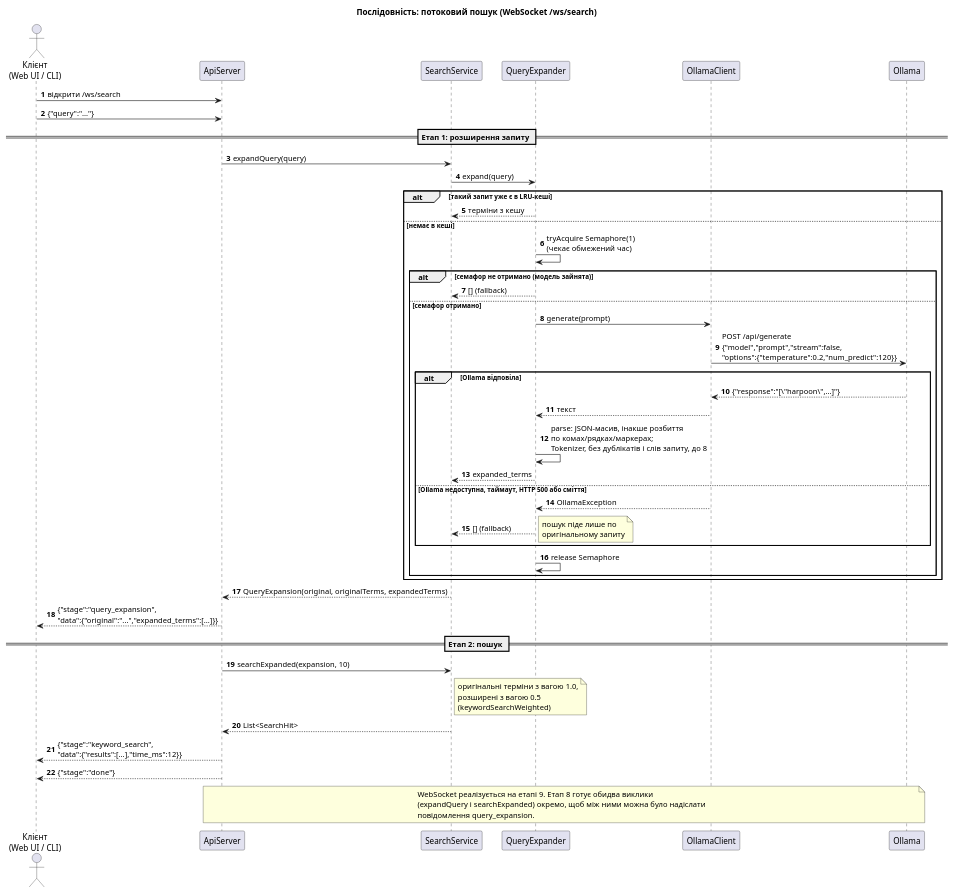
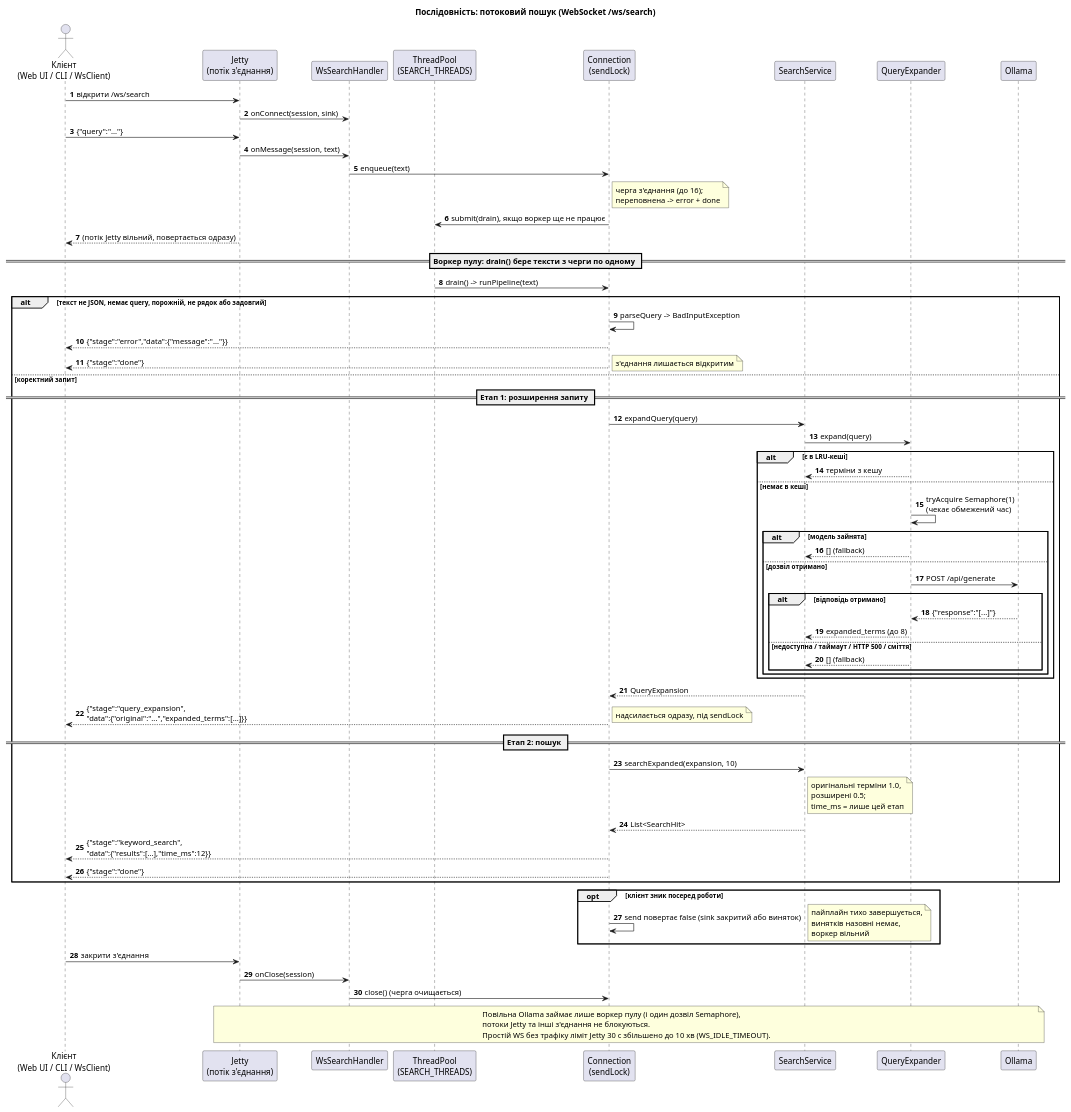
Before and after one commit to V-LP/Parallel-Computing-CW: the diagram in docs/uml/sequence-ws-search.puml, drawn with PlantUML. The commit also changed 2 other files, not shown here.

Commit message:
docs(uml): show chunks and WebSocket pool in diagrams

```diff
--- a/docs/uml/sequence-ws-search.puml
+++ b/docs/uml/sequence-ws-search.puml
@@ -1,60 +1,80 @@
 @startuml sequence-ws-search
 title Послідовність: потоковий пошук (WebSocket /ws/search)
 
 skinparam shadowing false
 autonumber
 
-actor "Клієнт\n(Web UI / CLI)" as Client
-participant ApiServer
+actor "Клієнт\n(Web UI / CLI / WsClient)" as Client
+participant "Jetty\n(потік з'єднання)" as Jetty
+participant WsSearchHandler
+participant "ThreadPool\n(SEARCH_THREADS)" as Pool
+participant "Connection\n(sendLock)" as Conn
 participant SearchService
 participant QueryExpander
-participant OllamaClient
 participant "Ollama" as Ollama
 
-Client -> ApiServer : відкрити /ws/search
-Client -> ApiServer : {"query":"..."}
+Client -> Jetty : відкрити /ws/search
+Jetty -> WsSearchHandler : onConnect(session, sink)
+Client -> Jetty : {"query":"..."}
+Jetty -> WsSearchHandler : onMessage(session, text)
+WsSearchHandler -> Conn : enqueue(text)
+note right of Conn : черга з'єднання (до 16);\nпереповнена -> error + done
+Conn -> Pool : submit(drain), якщо воркер ще не працює
+Jetty --> Client : (потік Jetty вільний, повертається одразу)
 
-== Етап 1: розширення запиту ==
-ApiServer -> SearchService : expandQuery(query)
-SearchService -> QueryExpander : expand(query)
+== Воркер пулу: drain() бере тексти з черги по одному ==
+Pool -> Conn : drain() -> runPipeline(text)
 
-alt такий запит уже є в LRU-кеші
-  QueryExpander --> SearchService : терміни з кешу
-else немає в кеші
-  QueryExpander -> QueryExpander : tryAcquire Semaphore(1)\n(чекає обмежений час)
-  alt семафор не отримано (модель зайнята)
-    QueryExpander --> SearchService : [] (fallback)
-  else семафор отримано
-    QueryExpander -> OllamaClient : generate(prompt)
-    OllamaClient -> Ollama : POST /api/generate\n{"model","prompt","stream":false,\n"options":{"temperature":0.2,"num_predict":120}}
-    alt Ollama відповіла
-      Ollama --> OllamaClient : {"response":"[\"harpoon\",...]"}
-      OllamaClient --> QueryExpander : текст
-      QueryExpander -> QueryExpander : parse: JSON-масив, інакше розбиття\nпо комах/рядках/маркерах;\nTokenizer, без дублікатів і слів запиту, до 8
-      QueryExpander --> SearchService : expanded_terms
-    else Ollama недоступна, таймаут, HTTP 500 або сміття
-      OllamaClient --> QueryExpander : OllamaException
+alt текст не JSON, немає query, порожній, не рядок або задовгий
+  Conn -> Conn : parseQuery -> BadInputException
+  Conn --> Client : {"stage":"error","data":{"message":"..."}}
+  Conn --> Client : {"stage":"done"}
+  note right : з'єднання лишається відкритим
+else коректний запит
+  == Етап 1: розширення запиту ==
+  Conn -> SearchService : expandQuery(query)
+  SearchService -> QueryExpander : expand(query)
+  alt є в LRU-кеші
+    QueryExpander --> SearchService : терміни з кешу
+  else немає в кеші
+    QueryExpander -> QueryExpander : tryAcquire Semaphore(1)\n(чекає обмежений час)
+    alt модель зайнята
       QueryExpander --> SearchService : [] (fallback)
-      note right : пошук піде лише по\nоригінальному запиту
+    else дозвіл отримано
+      QueryExpander -> Ollama : POST /api/generate
+      alt відповідь отримано
+        Ollama --> QueryExpander : {"response":"[...]"}
+        QueryExpander --> SearchService : expanded_terms (до 8)
+      else недоступна / таймаут / HTTP 500 / сміття
+        QueryExpander --> SearchService : [] (fallback)
+      end
     end
-    QueryExpander -> QueryExpander : release Semaphore
   end
+  SearchService --> Conn : QueryExpansion
+  Conn --> Client : {"stage":"query_expansion",\n"data":{"original":"...","expanded_terms":[...]}}
+  note right : надсилається одразу, під sendLock
+
+  == Етап 2: пошук ==
+  Conn -> SearchService : searchExpanded(expansion, 10)
+  note right of SearchService : оригінальні терміни 1.0,\nрозширені 0.5;\ntime_ms = лише цей етап
+  SearchService --> Conn : List<SearchHit>
+  Conn --> Client : {"stage":"keyword_search",\n"data":{"results":[...],"time_ms":12}}
+  Conn --> Client : {"stage":"done"}
 end
 
-SearchService --> ApiServer : QueryExpansion(original, originalTerms, expandedTerms)
-ApiServer --> Client : {"stage":"query_expansion",\n"data":{"original":"...","expanded_terms":[...]}}
+opt клієнт зник посеред роботи
+  Conn -> Conn : send повертає false (sink закритий або виняток)
+  note right : пайплайн тихо завершується,\nвинятків назовні немає,\nворкер вільний
+end
 
-== Етап 2: пошук ==
-ApiServer -> SearchService : searchExpanded(expansion, 10)
-note right of SearchService : оригінальні терміни з вагою 1.0,\nрозширені з вагою 0.5\n(keywordSearchWeighted)
-SearchService --> ApiServer : List<SearchHit>
-ApiServer --> Client : {"stage":"keyword_search",\n"data":{"results":[...],"time_ms":12}}
-ApiServer --> Client : {"stage":"done"}
+Client -> Jetty : закрити з'єднання
+Jetty -> WsSearchHandler : onClose(session)
+WsSearchHandler -> Conn : close() (черга очищається)
 
-note over ApiServer, Ollama
-  WebSocket реалізується на етапі 9. Етап 8 готує обидва виклики
-  (expandQuery і searchExpanded) окремо, щоб між ними можна було надіслати
-  повідомлення query_expansion.
+note over Jetty, Ollama
+  Повільна Ollama займає лише воркер пулу (і один дозвіл Semaphore),
+  потоки Jetty та інші з'єднання не блокуються.
+  Простій WS без трафіку ліміт Jetty 30 с збільшено до 10 хв (WS_IDLE_TIMEOUT).
 end note
 
 @enduml
```
